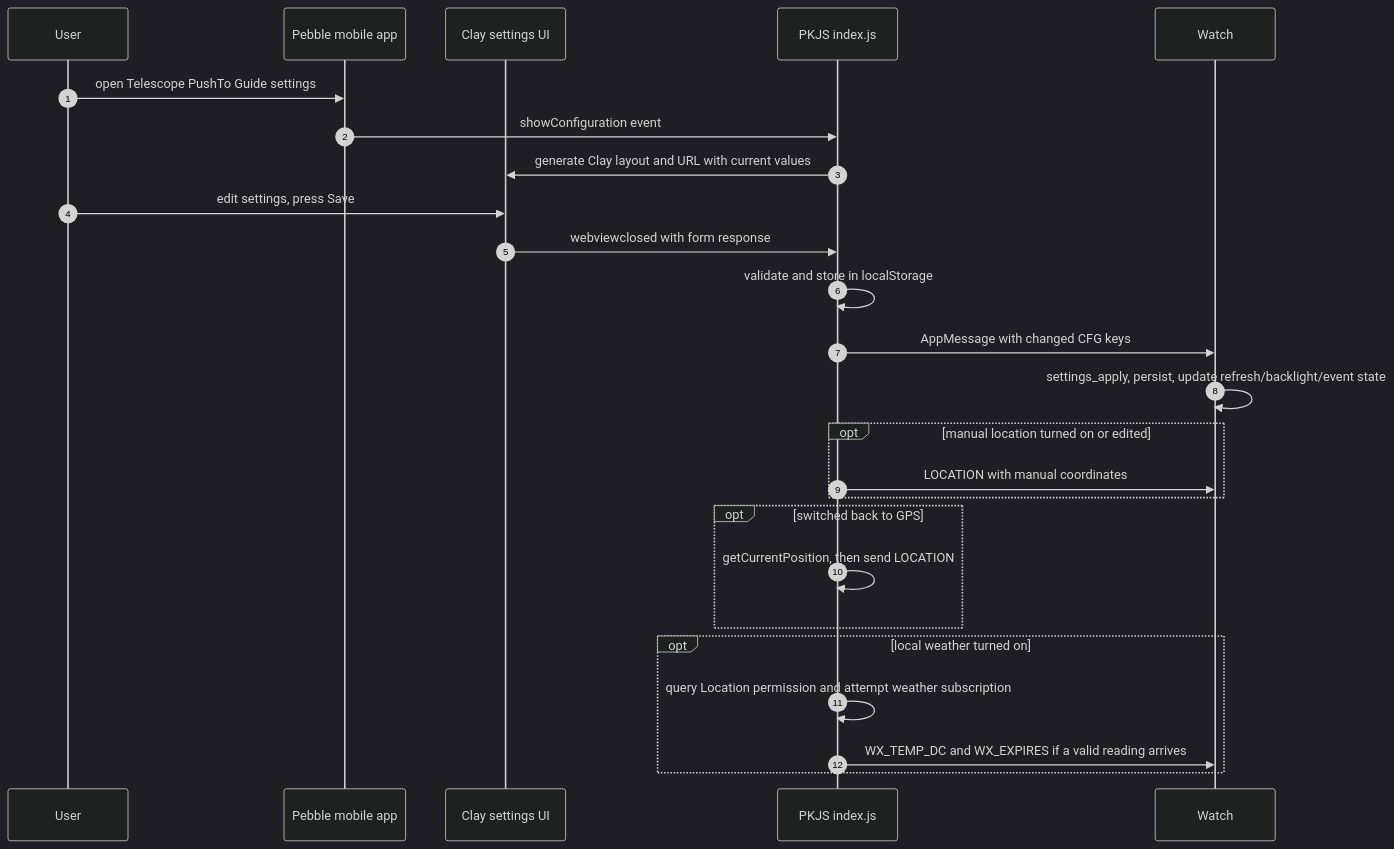
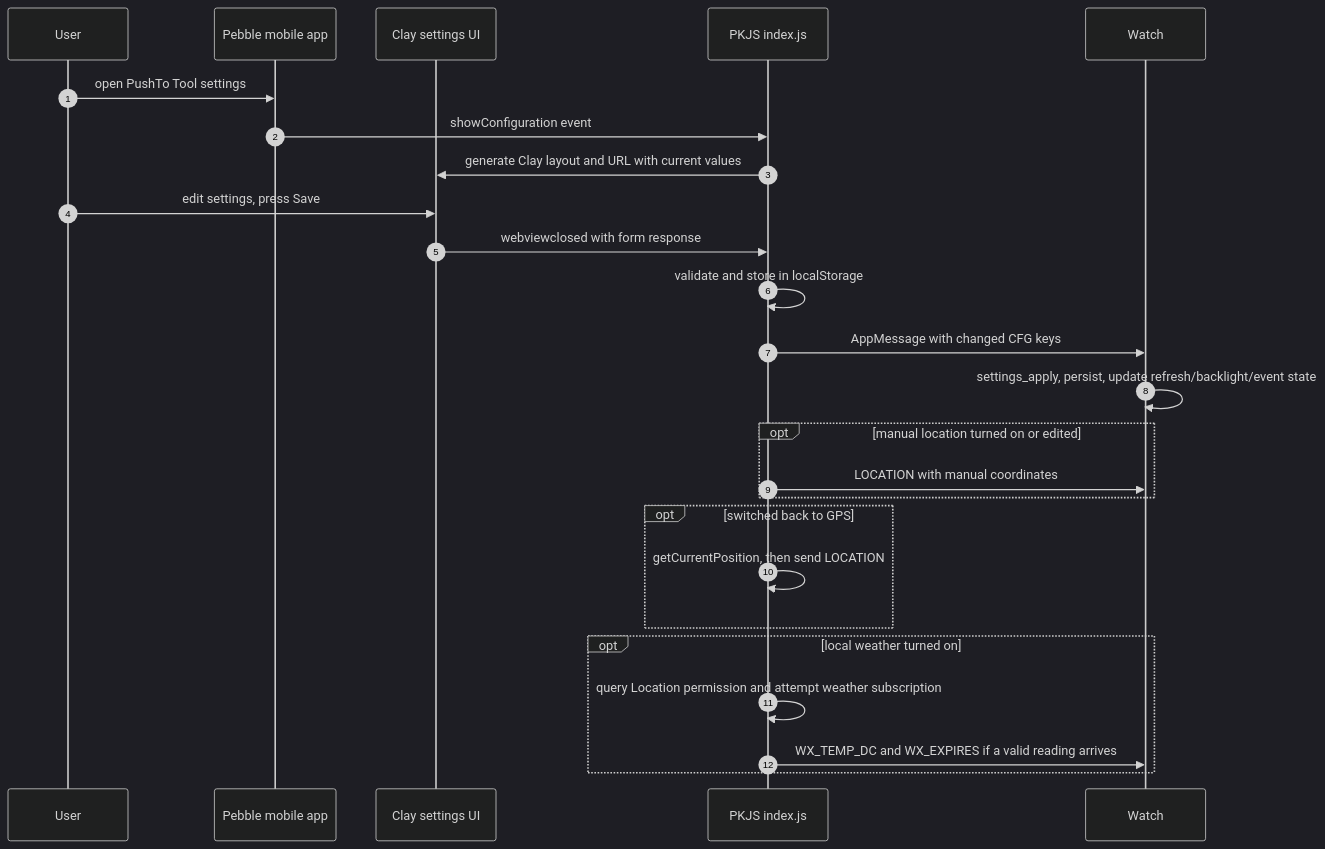
One commit to ewsandor/AstroSlop changed the seventh of 10 diagrams in docs/DESIGN.md. Above: the diagram before and after it, drawn with Mermaid (dark theme). The commit also changed other lines of this file and 5 other files, not shown here.

First line of the commit message:
Rename app to PushTo Tool and bump version to 0.2.1 (#49)

````diff
--- a/docs/DESIGN.md
+++ b/docs/DESIGN.md
@@ -644,28 +644,28 @@
 ```mermaid
 sequenceDiagram
     autonumber
     participant User
     participant PhoneApp as Pebble mobile app
     participant Page as Clay settings UI
     participant PKJS as PKJS index.js
     participant Watch
 
-    User->>PhoneApp: open Telescope PushTo Guide settings
+    User->>PhoneApp: open PushTo Tool settings
     PhoneApp->>PKJS: showConfiguration event
     PKJS->>Page: generate Clay layout and URL with current values
     User->>Page: edit settings, press Save
     Page->>PKJS: webviewclosed with form response
     PKJS->>PKJS: validate and store in localStorage
     PKJS->>Watch: AppMessage with changed CFG keys
     Watch->>Watch: settings_apply, persist, update refresh/backlight/event state
     opt manual location turned on or edited
         PKJS->>Watch: LOCATION with manual coordinates
     end
     opt switched back to GPS
         PKJS->>PKJS: getCurrentPosition, then send LOCATION
     end
     opt local weather turned on
         PKJS->>PKJS: query Location permission and attempt weather subscription
         PKJS->>Watch: WX_TEMP_DC and WX_EXPIRES if a valid reading arrives
     end
 ```
````
